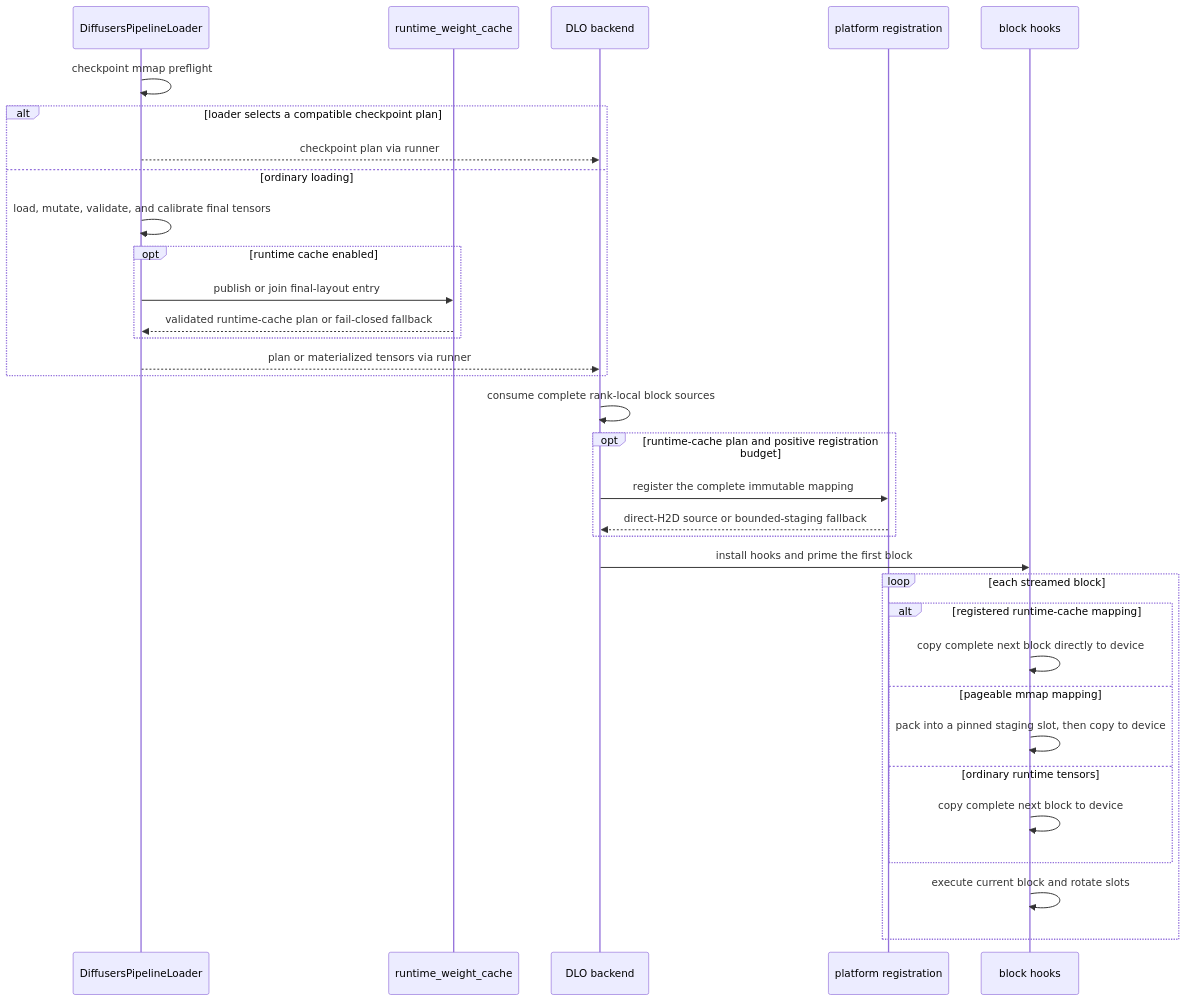
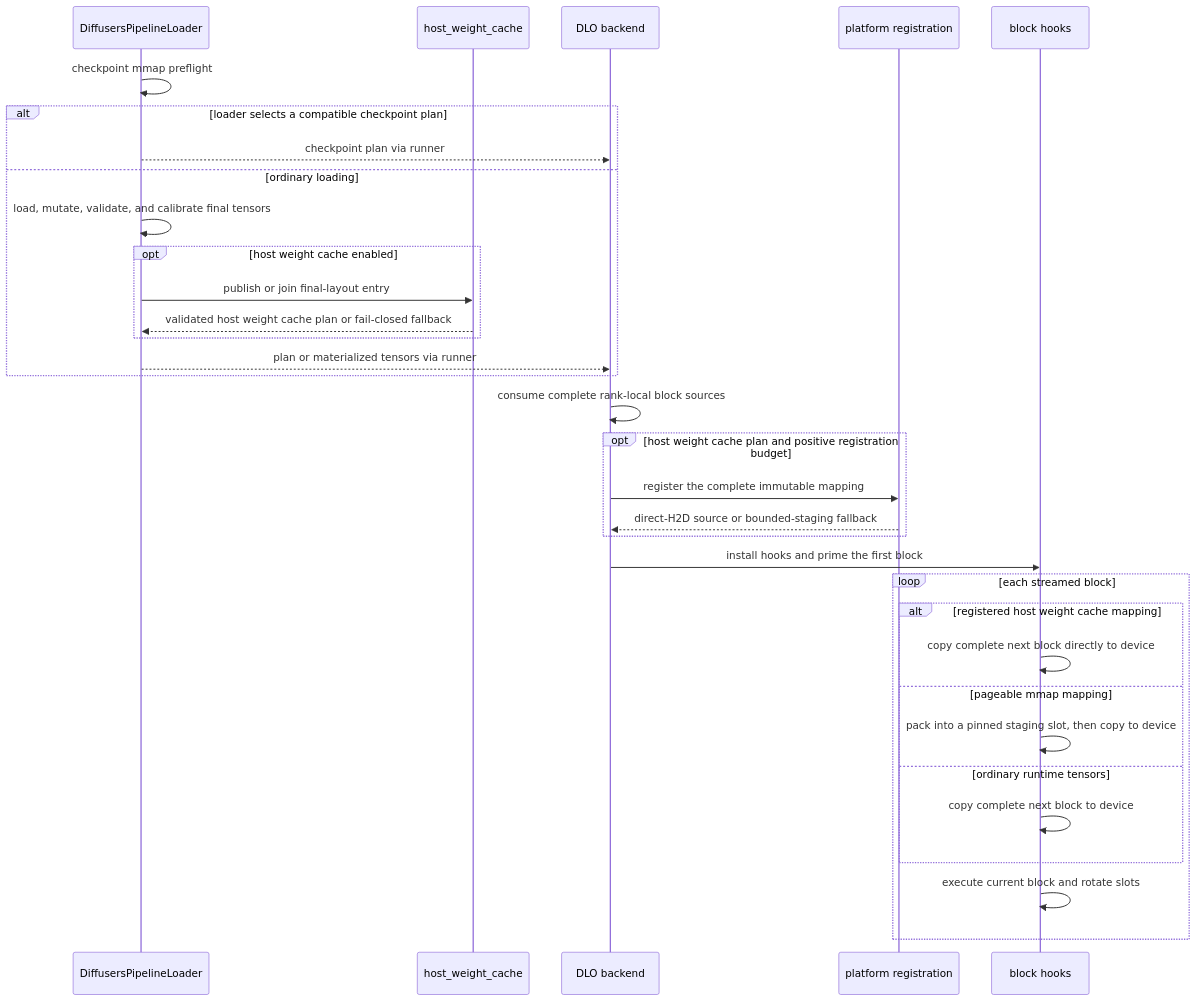
One commit to Asthenia0412/vllm-omni changed the fourth of 4 diagrams in docs/design/feature/offloader/distributed_layerwise_offload.md. Above: the diagram before and after it, drawn with Mermaid. The commit also changed other lines of this file and 19 other files, not shown here.

Commit message:
[Diffusion] Rename runtime cache to host weight cache

````diff
--- a/docs/design/feature/offloader/distributed_layerwise_offload.md
+++ b/docs/design/feature/offloader/distributed_layerwise_offload.md
@@ -206,36 +206,36 @@
 ```mermaid
 sequenceDiagram
     participant L as DiffusersPipelineLoader
-    participant C as runtime_weight_cache
+    participant C as host_weight_cache
     participant B as DLO backend
     participant P as platform registration
     participant H as block hooks
 
     L->>L: checkpoint mmap preflight
     alt loader selects a compatible checkpoint plan
         L-->>B: checkpoint plan via runner
     else ordinary loading
         L->>L: load, mutate, validate, and calibrate final tensors
-        opt runtime cache enabled
+        opt host weight cache enabled
             L->>C: publish or join final-layout entry
-            C-->>L: validated runtime-cache plan or fail-closed fallback
+            C-->>L: validated host weight cache plan or fail-closed fallback
         end
         L-->>B: plan or materialized tensors via runner
     end
     B->>B: consume complete rank-local block sources
-    opt runtime-cache plan and positive registration budget
+    opt host weight cache plan and positive registration budget
         B->>P: register the complete immutable mapping
         P-->>B: direct-H2D source or bounded-staging fallback
     end
     B->>H: install hooks and prime the first block
     loop each streamed block
-        alt registered runtime-cache mapping
+        alt registered host weight cache mapping
             H->>H: copy complete next block directly to device
         else pageable mmap mapping
             H->>H: pack into a pinned staging slot, then copy to device
         else ordinary runtime tensors
             H->>H: copy complete next block to device
         end
         H->>H: execute current block and rotate slots
     end
 ```
````
